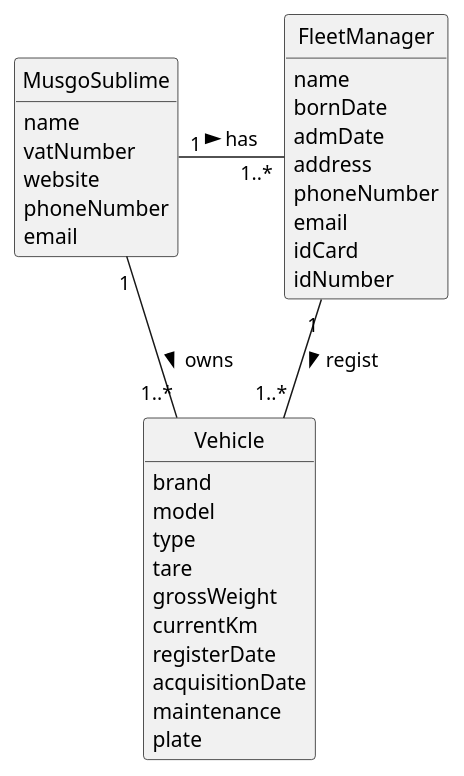
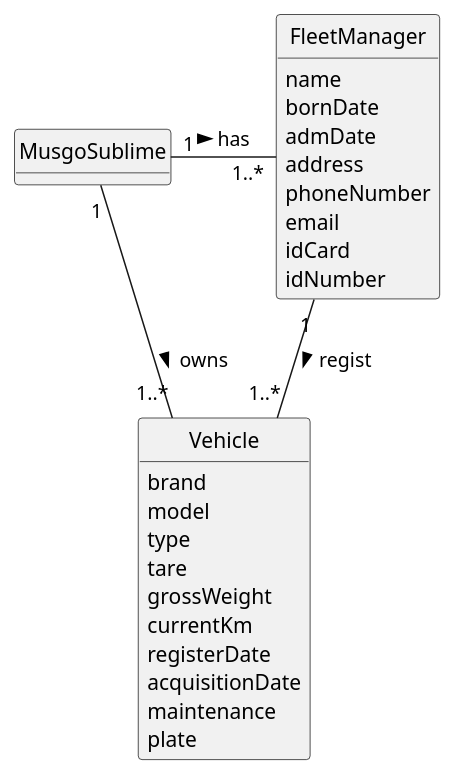
Before and after one commit to 1231360-ISEP/lei-24-s2-1db-g021: the diagram in docs/sprintA/us006/02.analysis/puml/us006-domain-model.puml, drawn with PlantUML.

Commit message:
US6 - update the domain model excerpt and SVG

```diff
--- a/docs/sprintA/us006/02.analysis/puml/us006-domain-model.puml
+++ b/docs/sprintA/us006/02.analysis/puml/us006-domain-model.puml
@@ -1,46 +1,41 @@
 @startuml
 skinparam monochrome true
 skinparam packageStyle rectangle
 skinparam shadowing false
 
 skinparam classAttributeIconSize 0
 
 hide circle
 hide methods
 
 class MusgoSublime {
-    name
-    vatNumber
-    website
-    phoneNumber
-    email
 }
 
 class FleetManager {
     name
     bornDate
     admDate
     address
     phoneNumber
     email
     idCard
     idNumber
 }
 
 class Vehicle {
     brand
     model
     type
     tare
     grossWeight
     currentKm
     registerDate
     acquisitionDate
     maintenance
     plate
 }
 
 MusgoSublime "1" - "1..*" FleetManager: has >
 FleetManager "1" -- "1..*" Vehicle : regist >
 MusgoSublime "1" - "1..*" Vehicle: owns >
 @enduml
```
